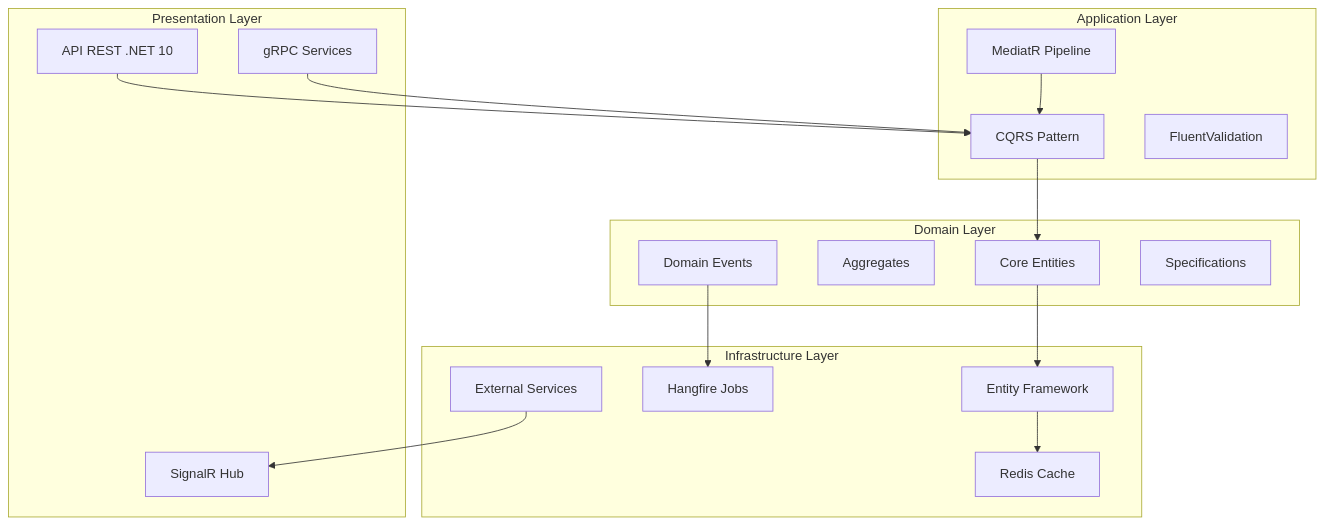
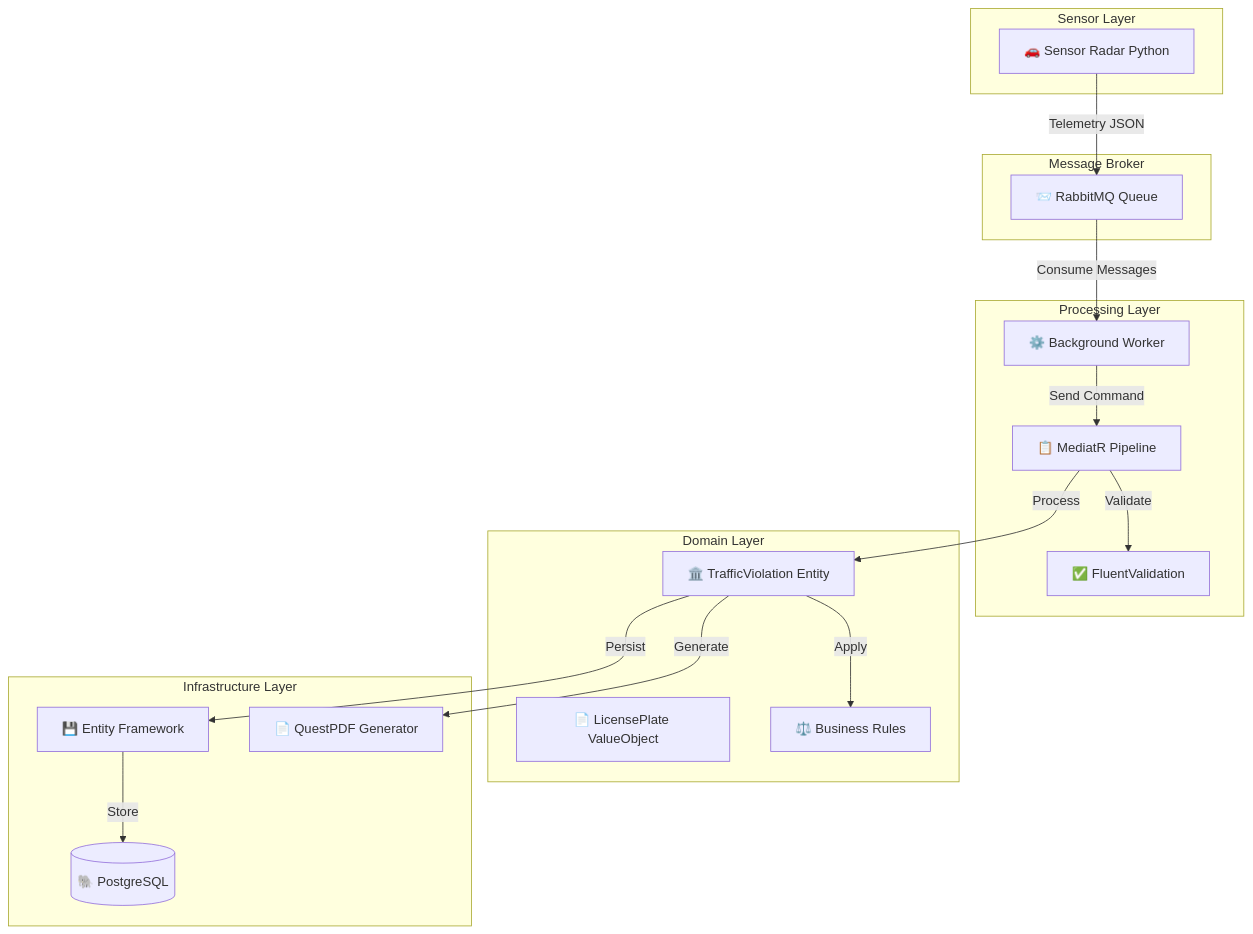
The diagram in README.md (ArthurBomfimDev/TrafficGuard), drawn with Mermaid before and after one commit. The commit also changed other lines of this file, not shown here.

````diff
--- a/README.md
+++ b/README.md
@@ -21,37 +30,38 @@
 ```mermaid
-  graph TB
-      subgraph "Presentation Layer"
-          API[API REST .NET 10]
-          GRPC[gRPC Services]
-          SignalR[SignalR Hub]
-      end
-      
-      subgraph "Application Layer"
-          CQRS[CQRS Pattern]
-          MediatR[MediatR Pipeline]
-          Valid[FluentValidation]
-      end
-      
-      subgraph "Domain Layer"
-          Core[Core Entities]
-          Agg[Aggregates]
-          DomEv[Domain Events]
-          Spec[Specifications]
-      end
-      
-      subgraph "Infrastructure Layer"
-          EF[Entity Framework]
-          RedisC[Redis Cache]
-          Hang[Hangfire Jobs]
-          Ext[External Services]
-      end
-      
-      API --> CQRS
-      GRPC --> CQRS
-      CQRS --> Core
-      MediatR --> CQRS
-      Core --> EF
-      EF --> RedisC
-      DomEv --> Hang
-      Ext --> SignalR
+flowchart TD
+    subgraph "Sensor Layer"
+        Radar[🚗 Sensor Radar Python]
+    end
+    
+    subgraph "Message Broker"
+        RabbitMQ[📨 RabbitMQ Queue]
+    end
+    
+    subgraph "Processing Layer"
+        Worker[⚙️ Background Worker]
+        MediatR[📋 MediatR Pipeline]
+        Validator[✅ FluentValidation]
+    end
+    
+    subgraph "Domain Layer"
+        Entity[🏛️ TrafficViolation Entity]
+        ValueObj[📄 LicensePlate ValueObject]
+        Rules[⚖️ Business Rules]
+    end
+    
+    subgraph "Infrastructure Layer"
+        EF[💾 Entity Framework]
+        PostgreSQL[(🐘 PostgreSQL)]
+        PDF[📄 QuestPDF Generator]
+    end
+    
+    Radar -->|Telemetry JSON| RabbitMQ
+    RabbitMQ -->|Consume Messages| Worker
+    Worker -->|Send Command| MediatR
+    MediatR -->|Validate| Validator
+    MediatR -->|Process| Entity
+    Entity -->|Apply| Rules
+    Entity -->|Persist| EF
+    EF -->|Store| PostgreSQL
+    Entity -->|Generate| PDF
 ```
````
